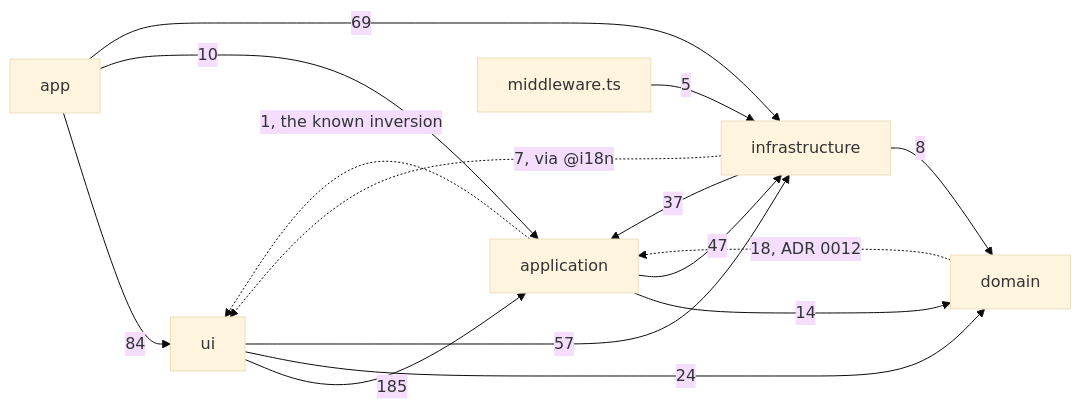
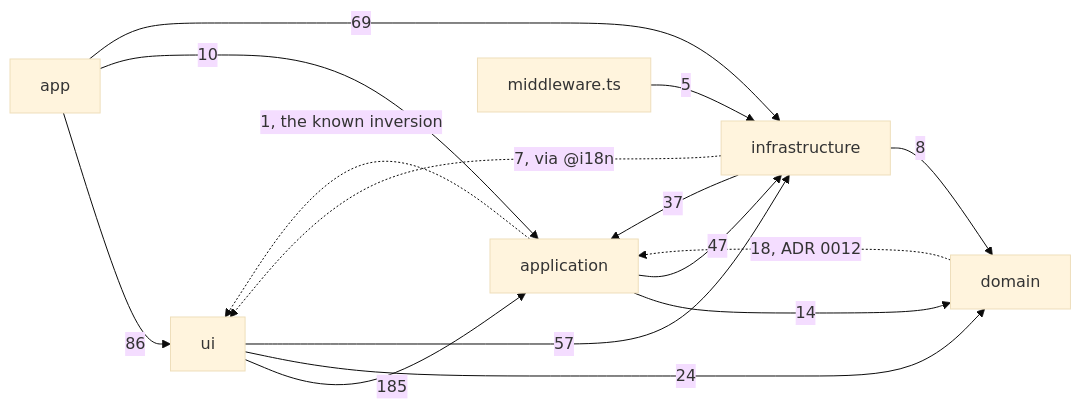
Before and after one commit to fbuireu/forever-pto: the diagram in apps/docs/src/content/docs/architecture/overview.mdx, drawn with Mermaid (base theme). The commit also changed other lines of this file and 5 other files, not shown here.

````diff
--- a/apps/docs/src/content/docs/architecture/overview.mdx
+++ b/apps/docs/src/content/docs/architecture/overview.mdx
@@ -47,23 +47,23 @@
 ```mermaid
 flowchart LR
   APP[app]
   UI[ui]
   APPL[application]
   DOM[domain]
   INFRA[infrastructure]
   MW[middleware.ts]
-  APP -->|84| UI
+  APP -->|86| UI
   APP -->|10| APPL
   APP -->|69| INFRA
   UI -->|185| APPL
   UI -->|24| DOM
   UI -->|57| INFRA
   APPL -->|14| DOM
   APPL -->|47| INFRA
   APPL -.->|1, the known inversion| UI
   DOM -.->|18, ADR 0012| APPL
   INFRA -->|37| APPL
   INFRA -->|8| DOM
   INFRA -.->|7, via @i18n| UI
   MW -->|5| INFRA
 ```
````
